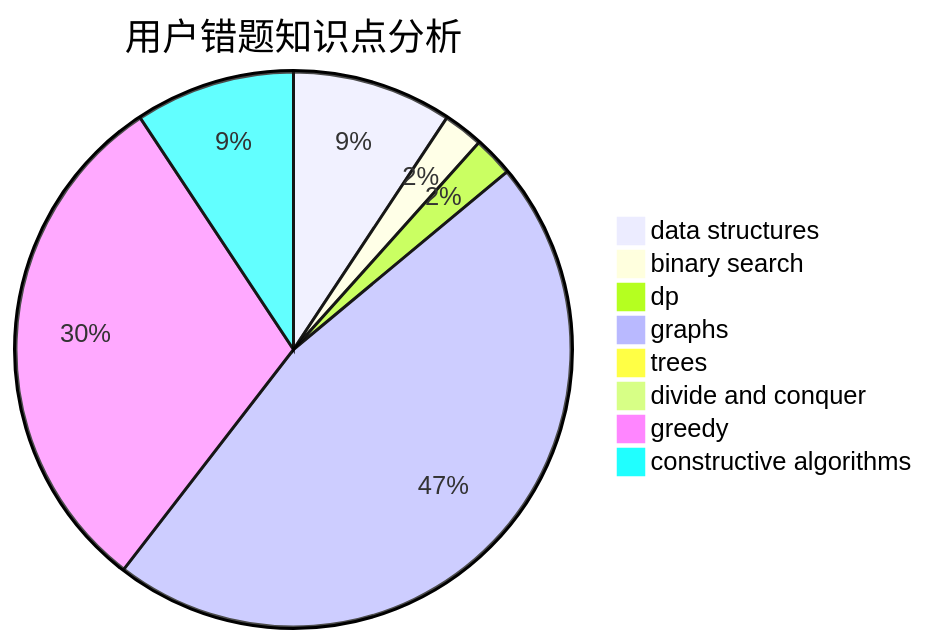
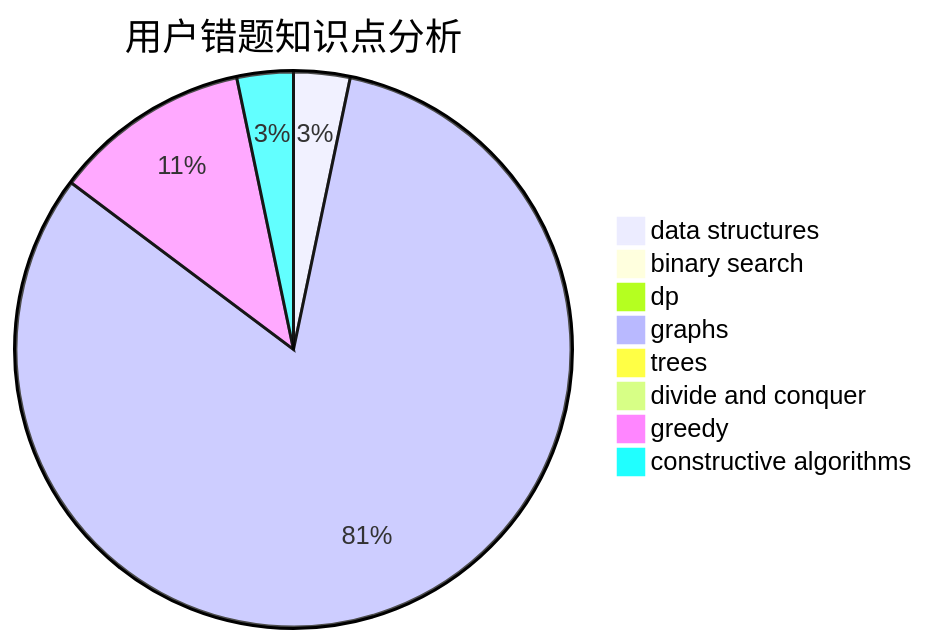
One commit to sherpahu/cfrs.github.io changed the third of 3 diagrams in docs/user/u2755.md. Above: the diagram before and after it, drawn with Mermaid. The commit also changed other lines of this file and 2770 other files, not shown here.

````diff
--- a/docs/user/u2755.md
+++ b/docs/user/u2755.md
@@ -36,11 +36,11 @@
 ```mermaid
 pie title 用户错题知识点分析
     "data structures" :  4
     "binary search" :  1
     "dp" :  1
-    "graphs" :  20
+    "graphs" :  100
     "trees" :  0
     "divide and conquer" :  0
-    "greedy" :  13
+    "greedy" :  14
     "constructive algorithms" :  4
 ```
````
